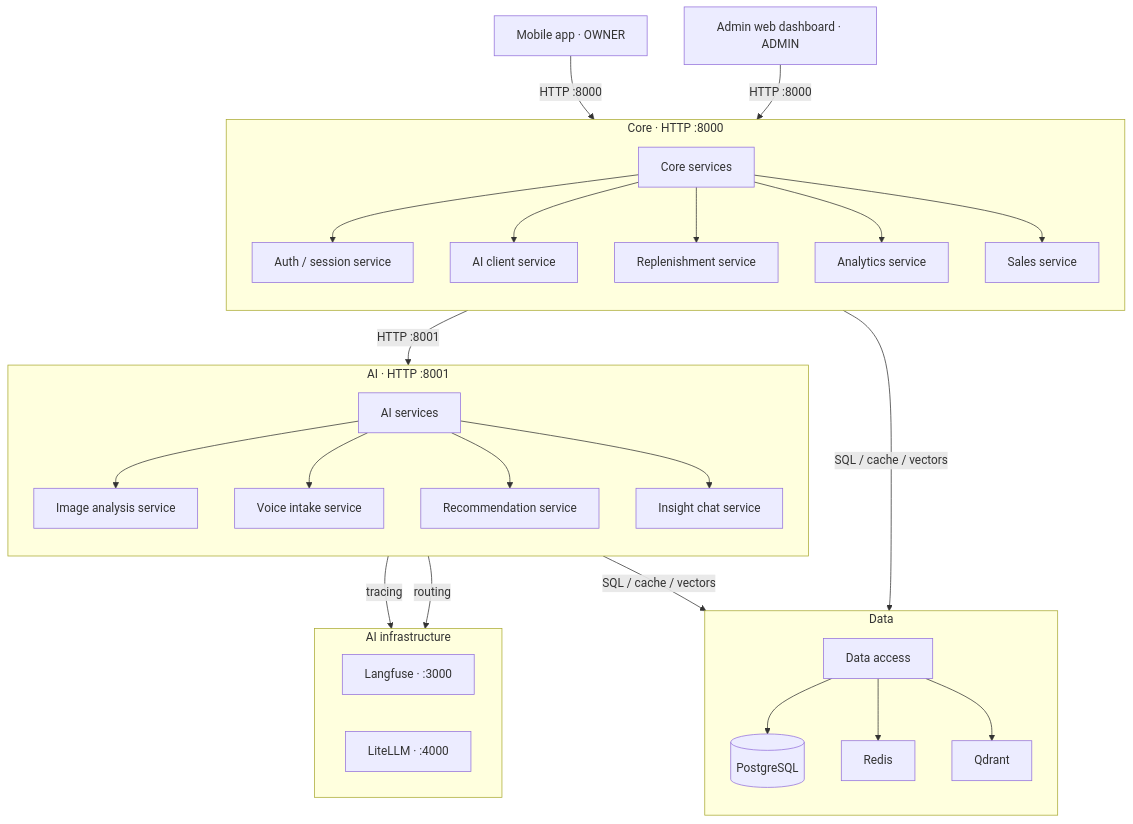
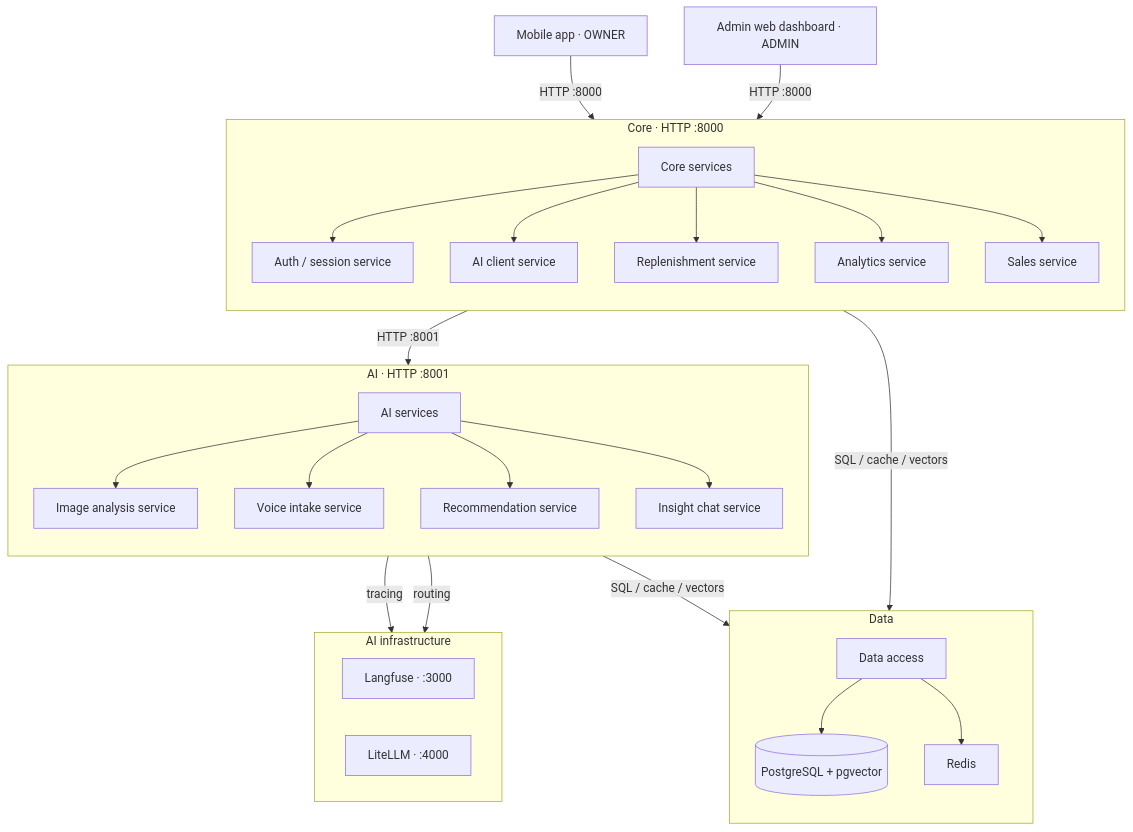
The diagram in docs/architecture/diagrams/src/architecture.mmd (miphu2804/smart-ledger), drawn with Mermaid before and after one commit. The commit also changed 13 other files, not shown here.

```diff
--- a/docs/architecture/diagrams/src/architecture.mmd
+++ b/docs/architecture/diagrams/src/architecture.mmd
@@ -1,59 +1,57 @@
 %% SmartLedger — MVP target architecture
 %% Rendered: ../images/architecture.svg, ../images/architecture.png
 %% Editable: architecture.drawio
 flowchart TB
     mobile["Mobile app · OWNER"]
     admin_web["Admin web dashboard · ADMIN"]
 
     subgraph core["Core · HTTP :8000"]
         direction TB
         core_hub["Core services"]
         auth["Auth / session service"]
         ai_client["AI client service"]
         replenishment["Replenishment service"]
         analytics["Analytics service"]
         sales["Sales service"]
         core_hub --> auth
         core_hub --> ai_client
         core_hub --> replenishment
         core_hub --> analytics
         core_hub --> sales
     end
 
     subgraph data["Data"]
         direction TB
         data_access["Data access"]
-        postgres[("PostgreSQL")]
+        postgres[("PostgreSQL + pgvector")]
         redis["Redis"]
-        qdrant["Qdrant"]
         data_access --> postgres
         data_access --> redis
-        data_access --> qdrant
     end
 
     subgraph ai_infra["AI infrastructure"]
         direction LR
         langfuse["Langfuse · :3000"]
         litellm["LiteLLM · :4000"]
     end
 
     subgraph ai["AI · HTTP :8001"]
         direction TB
         ai_hub["AI services"]
         ai_image["Image analysis service"]
         ai_voice["Voice intake service"]
         ai_rec["Recommendation service"]
         ai_chat["Insight chat service"]
         ai_hub --> ai_image
         ai_hub --> ai_voice
         ai_hub --> ai_rec
         ai_hub --> ai_chat
     end
 
     mobile -->|"HTTP :8000"| core_hub
     admin_web -->|"HTTP :8000"| core_hub
     core_hub -->|"SQL / cache / vectors"| data_access
     core_hub -->|"HTTP :8001"| ai_hub
     ai_hub -->|"SQL / cache / vectors"| data_access
     ai_hub -->|"tracing"| langfuse
     ai_hub -->|"routing"| litellm
```
